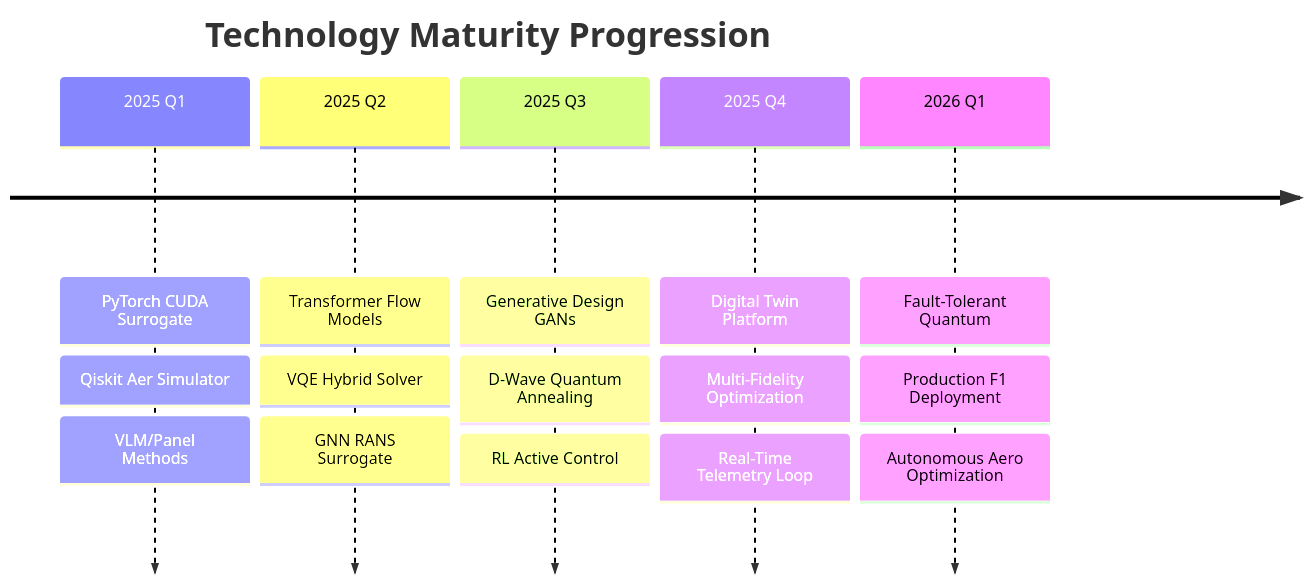
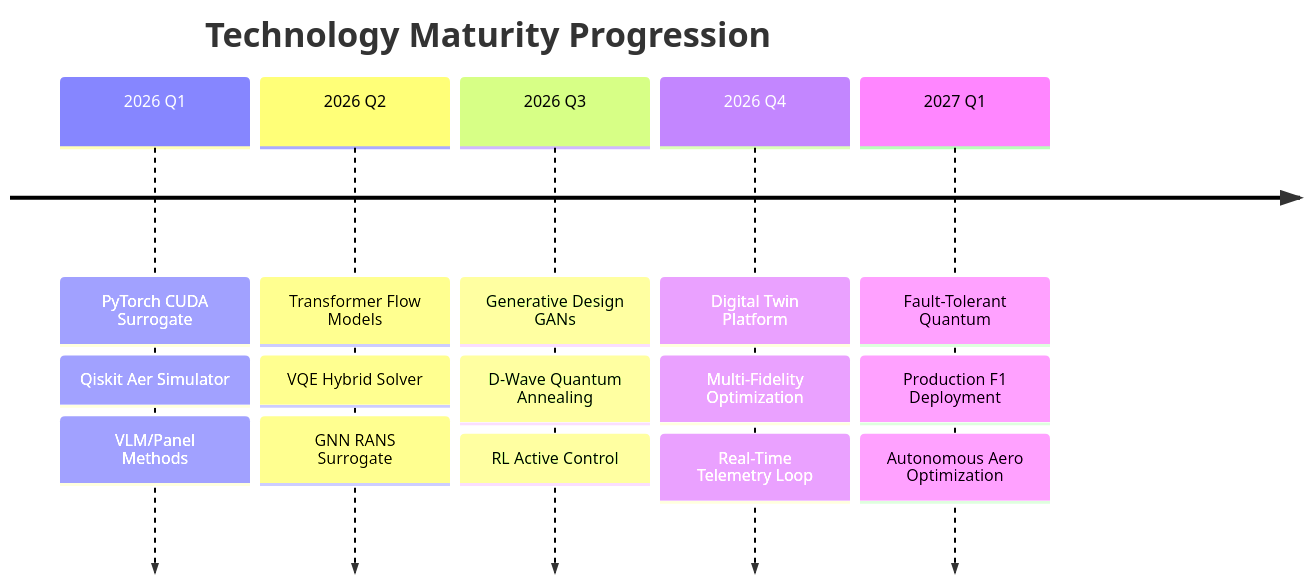
The fifth of 5 diagrams in Genius_Evolution.md (rjamoriz/Quantum-Aero-F1-Prototype), drawn with Mermaid before and after one commit. The commit also changed other lines of this file, not shown here.

Commit message:
Update roadmap timeline from 2025 to 2026-2027

````diff
--- a/Genius_Evolution.md
+++ b/Genius_Evolution.md
@@ -209,19 +209,19 @@
 ```mermaid
 timeline
     title Technology Maturity Progression
-    2025 Q1 : PyTorch CUDA Surrogate
+    2026 Q1 : PyTorch CUDA Surrogate
            : Qiskit Aer Simulator
            : VLM/Panel Methods
-    2025 Q2 : Transformer Flow Models
+    2026 Q2 : Transformer Flow Models
            : VQE Hybrid Solver
            : GNN RANS Surrogate
-    2025 Q3 : Generative Design GANs
+    2026 Q3 : Generative Design GANs
            : D-Wave Quantum Annealing
            : RL Active Control
-    2025 Q4 : Digital Twin Platform
+    2026 Q4 : Digital Twin Platform
            : Multi-Fidelity Optimization
            : Real-Time Telemetry Loop
-    2026 Q1 : Fault-Tolerant Quantum
+    2027 Q1 : Fault-Tolerant Quantum
            : Production F1 Deployment
            : Autonomous Aero Optimization
 ```
````
